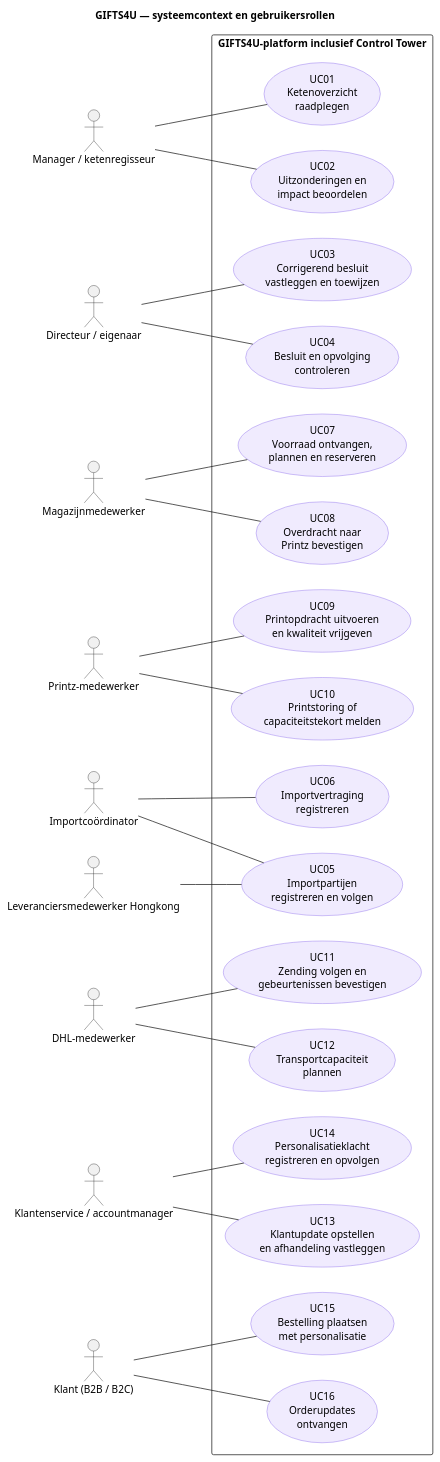
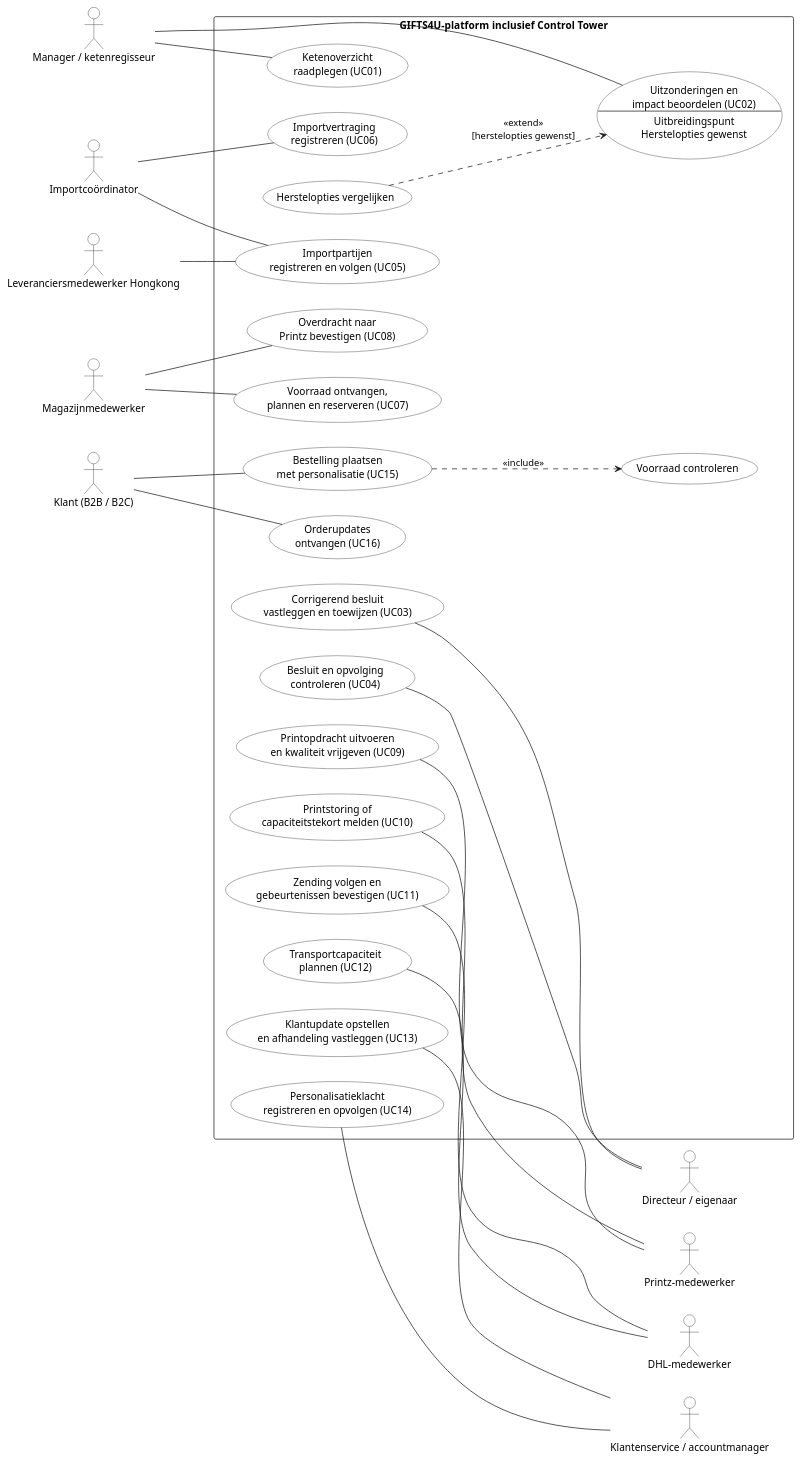
One commit to Immanuel-Cairo/gifts4u-control-tower changed the diagram in products/system context/use-case-diagram.puml. Above: the diagram before and after it, drawn with PlantUML. The commit also changed 2 other files, not shown here.

Commit message:
Geef het oorspronkelijke ketendiagram de zwart-witte UML-opmaak

```diff
--- a/products/system context/use-case-diagram.puml
+++ b/products/system context/use-case-diagram.puml
@@ -1,55 +1,56 @@
 @startuml
 left to right direction
+skinparam monochrome true
 skinparam shadowing false
-skinparam packageStyle rectangle
-skinparam actorStyle stickman
-skinparam usecase {
-  BackgroundColor #F0EBFE
-  BorderColor #7855E9
-}
-title GIFTS4U — systeemcontext en gebruikersrollen
+skinparam BackgroundColor white
+skinparam usecaseBackgroundColor white
+skinparam actorBackgroundColor white
 actor "Manager / ketenregisseur" as manager
 actor "Directeur / eigenaar" as directeur
 actor "Importcoördinator" as importCoordinator
 actor "Magazijnmedewerker" as magazijn
 actor "Printz-medewerker" as printz
 actor "DHL-medewerker" as dhl
 actor "Klantenservice / accountmanager" as service
 actor "Klant (B2B / B2C)" as klant
 actor "Leveranciersmedewerker Hongkong" as leverancier
 rectangle "GIFTS4U-platform inclusief Control Tower" {
-  usecase "UC01\nKetenoverzicht\nraadplegen" as UC01
-  usecase "UC02\nUitzonderingen en\nimpact beoordelen" as UC02
-  usecase "UC03\nCorrigerend besluit\nvastleggen en toewijzen" as UC03
-  usecase "UC04\nBesluit en opvolging\ncontroleren" as UC04
-  usecase "UC05\nImportpartijen\nregistreren en volgen" as UC05
-  usecase "UC06\nImportvertraging\nregistreren" as UC06
-  usecase "UC07\nVoorraad ontvangen,\nplannen en reserveren" as UC07
-  usecase "UC08\nOverdracht naar\nPrintz bevestigen" as UC08
-  usecase "UC09\nPrintopdracht uitvoeren\nen kwaliteit vrijgeven" as UC09
-  usecase "UC10\nPrintstoring of\ncapaciteitstekort melden" as UC10
-  usecase "UC11\nZending volgen en\ngebeurtenissen bevestigen" as UC11
-  usecase "UC12\nTransportcapaciteit\nplannen" as UC12
-  usecase "UC13\nKlantupdate opstellen\nen afhandeling vastleggen" as UC13
-  usecase "UC14\nPersonalisatieklacht\nregistreren en opvolgen" as UC14
-  usecase "UC15\nBestelling plaatsen\nmet personalisatie" as UC15
-  usecase "UC16\nOrderupdates\nontvangen" as UC16
+  usecase "Ketenoverzicht\nraadplegen (UC01)" as UC01
+  usecase "Uitzonderingen en\nimpact beoordelen (UC02)\n--\nUitbreidingspunt\nHerstelopties gewenst" as UC02
+  usecase "Corrigerend besluit\nvastleggen en toewijzen (UC03)" as UC03
+  usecase "Besluit en opvolging\ncontroleren (UC04)" as UC04
+  usecase "Importpartijen\nregistreren en volgen (UC05)" as UC05
+  usecase "Importvertraging\nregistreren (UC06)" as UC06
+  usecase "Voorraad ontvangen,\nplannen en reserveren (UC07)" as UC07
+  usecase "Overdracht naar\nPrintz bevestigen (UC08)" as UC08
+  usecase "Printopdracht uitvoeren\nen kwaliteit vrijgeven (UC09)" as UC09
+  usecase "Printstoring of\ncapaciteitstekort melden (UC10)" as UC10
+  usecase "Zending volgen en\ngebeurtenissen bevestigen (UC11)" as UC11
+  usecase "Transportcapaciteit\nplannen (UC12)" as UC12
+  usecase "Klantupdate opstellen\nen afhandeling vastleggen (UC13)" as UC13
+  usecase "Personalisatieklacht\nregistreren en opvolgen (UC14)" as UC14
+  usecase "Bestelling plaatsen\nmet personalisatie (UC15)" as UC15
+  usecase "Orderupdates\nontvangen (UC16)" as UC16
+  usecase "Herstelopties vergelijken" as herstel
+  usecase "Voorraad controleren" as voorraad
 }
 manager -- UC01
 manager -- UC02
-directeur -- UC03
-directeur -- UC04
+UC03 -- directeur
+UC04 -- directeur
 importCoordinator -- UC05
 importCoordinator -- UC06
 magazijn -- UC07
 magazijn -- UC08
-printz -- UC09
-printz -- UC10
-dhl -- UC11
-dhl -- UC12
-service -- UC13
-service -- UC14
+UC09 -- printz
+UC10 -- printz
+UC11 -- dhl
+UC12 -- dhl
+UC13 -- service
+UC14 -- service
 klant -- UC15
 klant -- UC16
 leverancier -- UC05
+herstel ..> UC02 : <<extend>>\n[herstelopties gewenst]
+UC15 ..> voorraad : <<include>>
 @enduml
```
